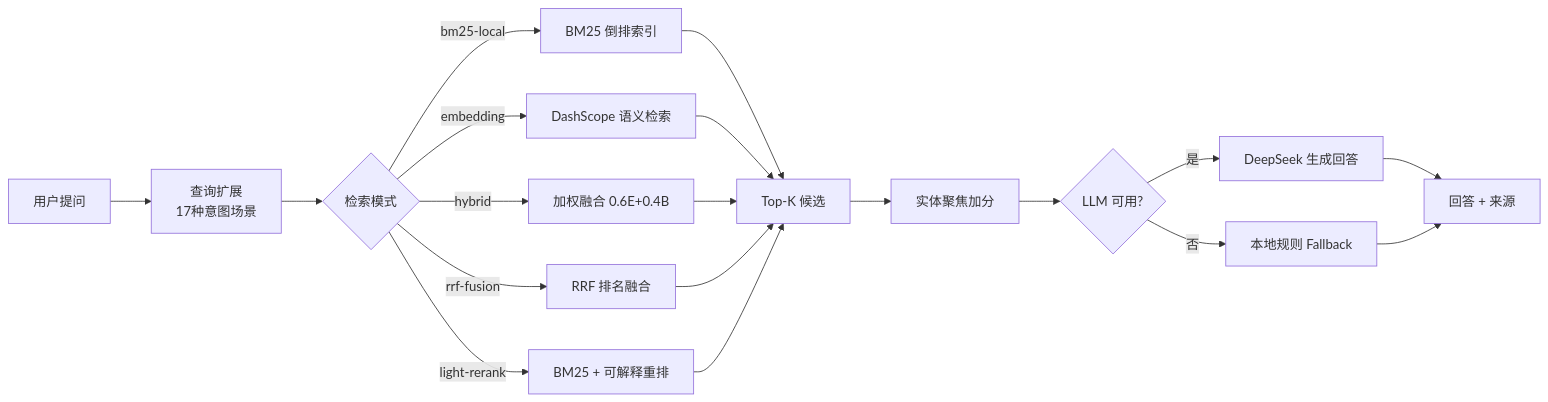
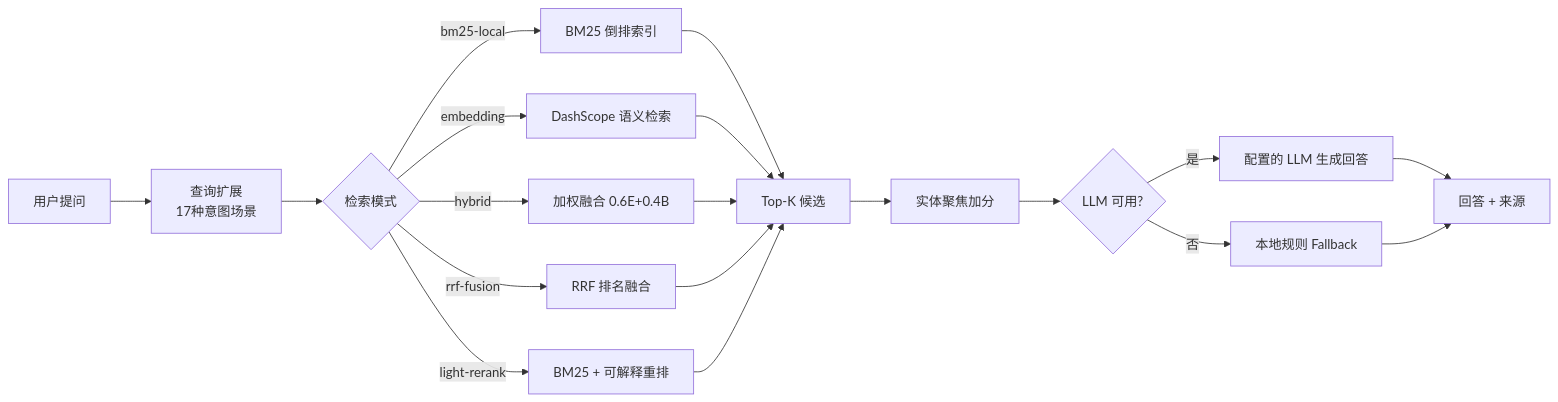
One commit to 4evour/Scenic_spot_guide_system changed the second of 2 diagrams in README.md. Above: the diagram before and after it, drawn with Mermaid. The commit also changed other lines of this file, not shown here.

````diff
--- a/README.md
+++ b/README.md
@@ -48,16 +61,16 @@
 ```mermaid
 flowchart LR
     A[用户提问] --> B[查询扩展<br/>17种意图场景]
     B --> C{检索模式}
     C -->|bm25-local| D[BM25 倒排索引]
     C -->|embedding| E[DashScope 语义检索]
     C -->|hybrid| F[加权融合 0.6E+0.4B]
     C -->|rrf-fusion| G[RRF 排名融合]
     C -->|light-rerank| H[BM25 + 可解释重排]
     D & E & F & G & H --> I[Top-K 候选]
     I --> J[实体聚焦加分]
     J --> K{LLM 可用?}
-    K -->|是| L[DeepSeek 生成回答]
+    K -->|是| L[配置的 LLM 生成回答]
     K -->|否| M[本地规则 Fallback]
     L & M --> N[回答 + 来源]
 ```
````
